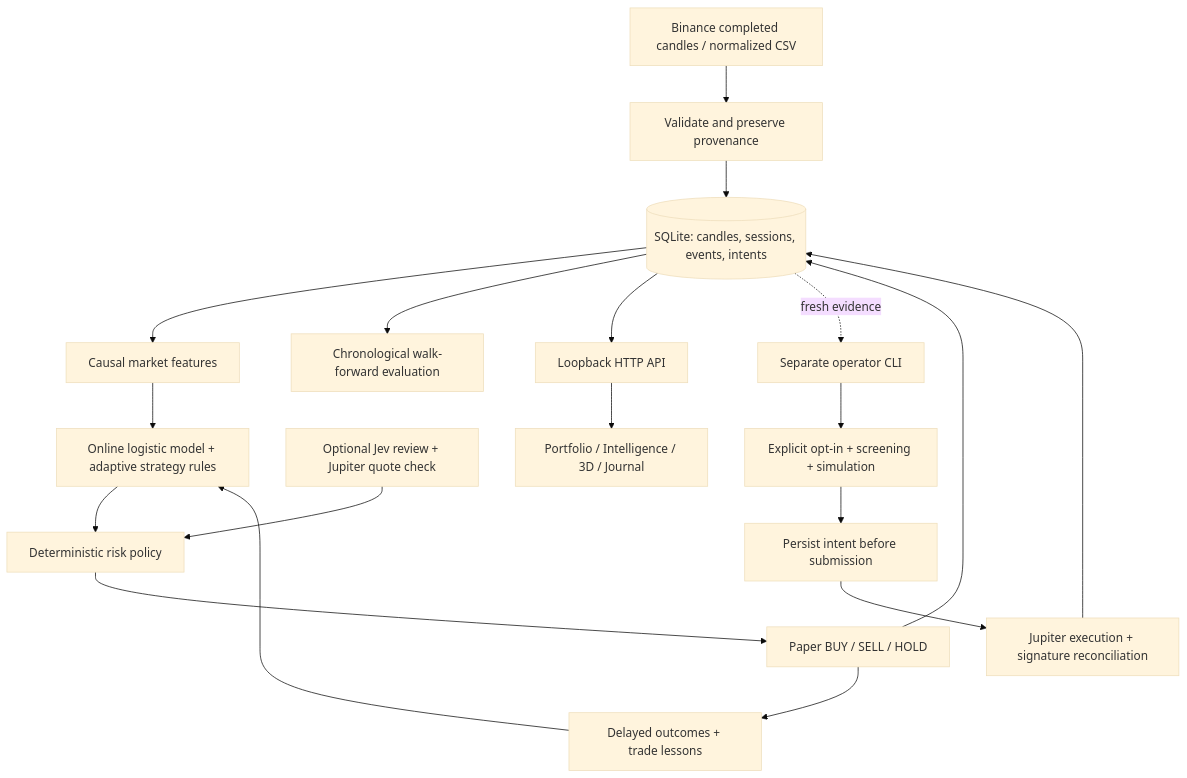
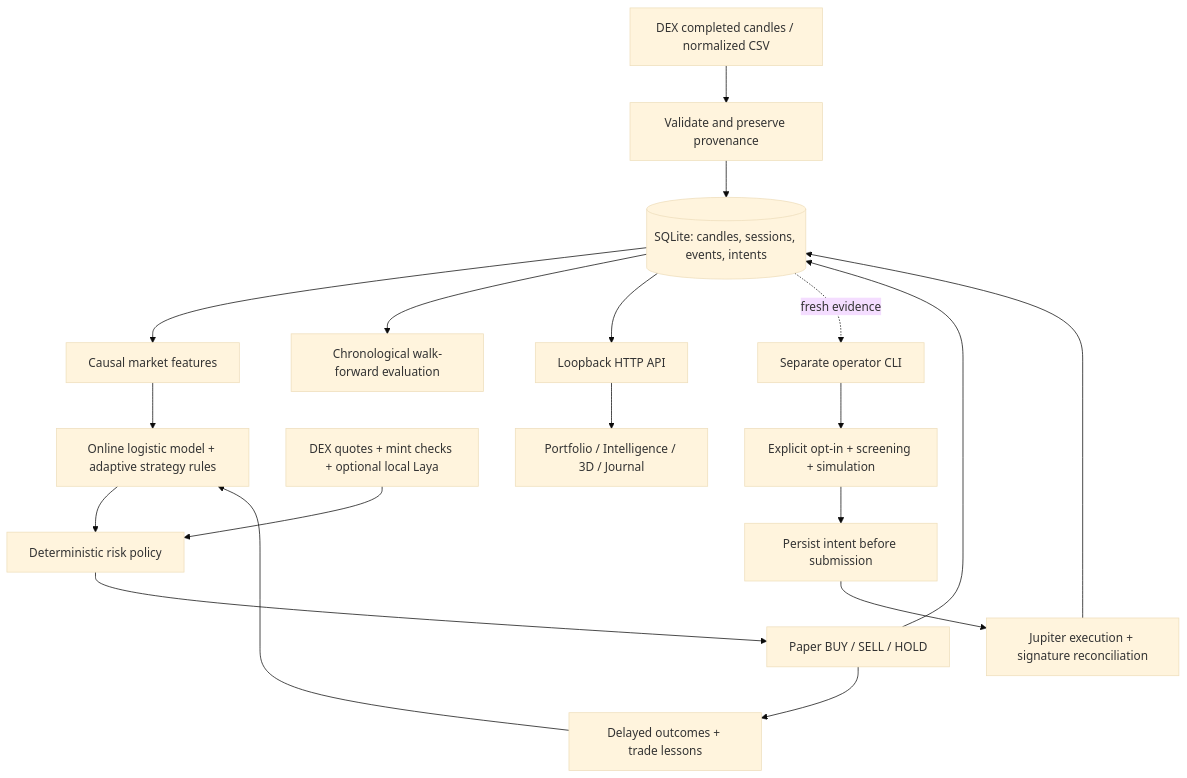
Before and after one commit to Web3AirdropsArena/quantum-solana-trader: the diagram in README.md, drawn with Mermaid (base theme). The commit also changed other lines of this file and 21 other files, not shown here.

First line of the commit message:
Add free local DEX research workflow and fail-closed optional Laya review

````diff
--- a/README.md
+++ b/README.md
@@ -118,21 +122,21 @@
 ```mermaid
 flowchart TD
-    D[Binance completed candles / normalized CSV] --> V[Validate and preserve provenance]
+    D[DEX completed candles / normalized CSV] --> V[Validate and preserve provenance]
     V --> S[(SQLite: candles, sessions, events, intents)]
     S --> F[Causal market features]
     F --> M[Online logistic model + adaptive strategy rules]
     M --> R[Deterministic risk policy]
-    J[Optional Jev review + Jupiter quote check] --> R
+    J[DEX quotes + mint checks + optional local Laya] --> R
     R --> P[Paper BUY / SELL / HOLD]
     P --> S
     P --> L[Delayed outcomes + trade lessons]
     L --> M
     S --> E[Chronological walk-forward evaluation]
     S --> A[Loopback HTTP API]
     A --> U[Portfolio / Intelligence / 3D / Journal]
     S -. fresh evidence .-> C[Separate operator CLI]
     C --> G[Explicit opt-in + screening + simulation]
     G --> I[Persist intent before submission]
     I --> X[Jupiter execution + signature reconciliation]
     X --> S
 ```
````
